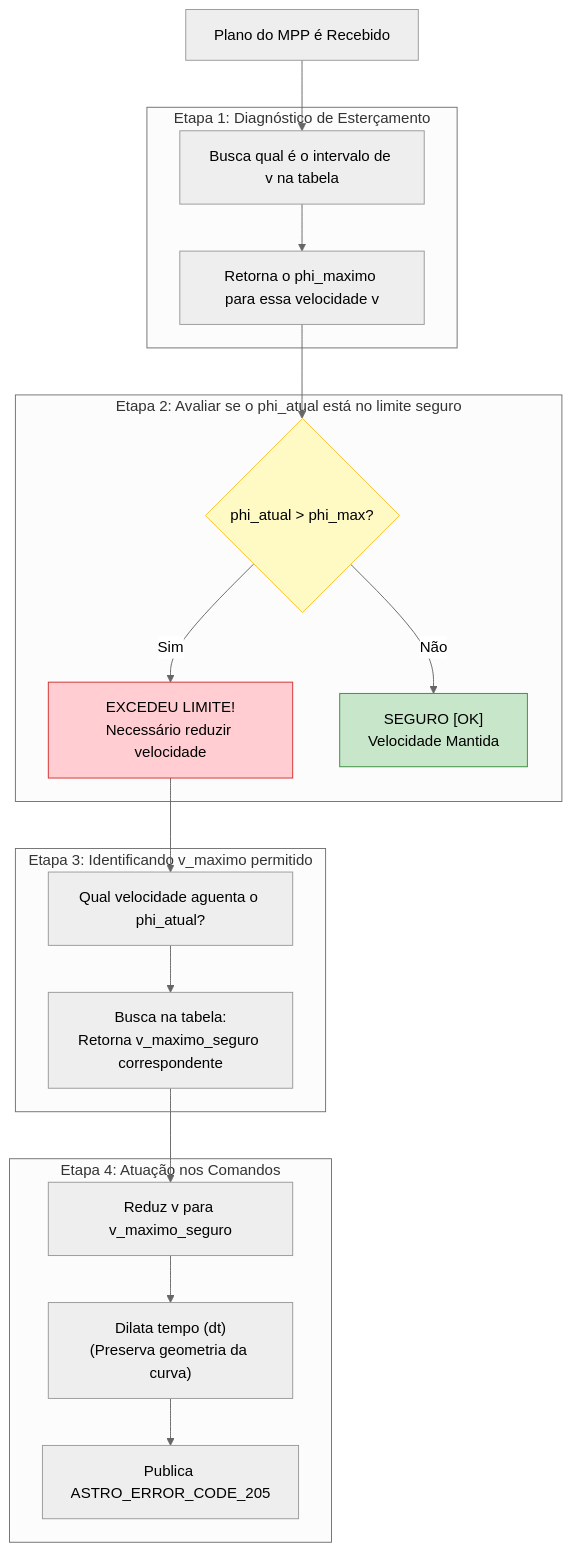
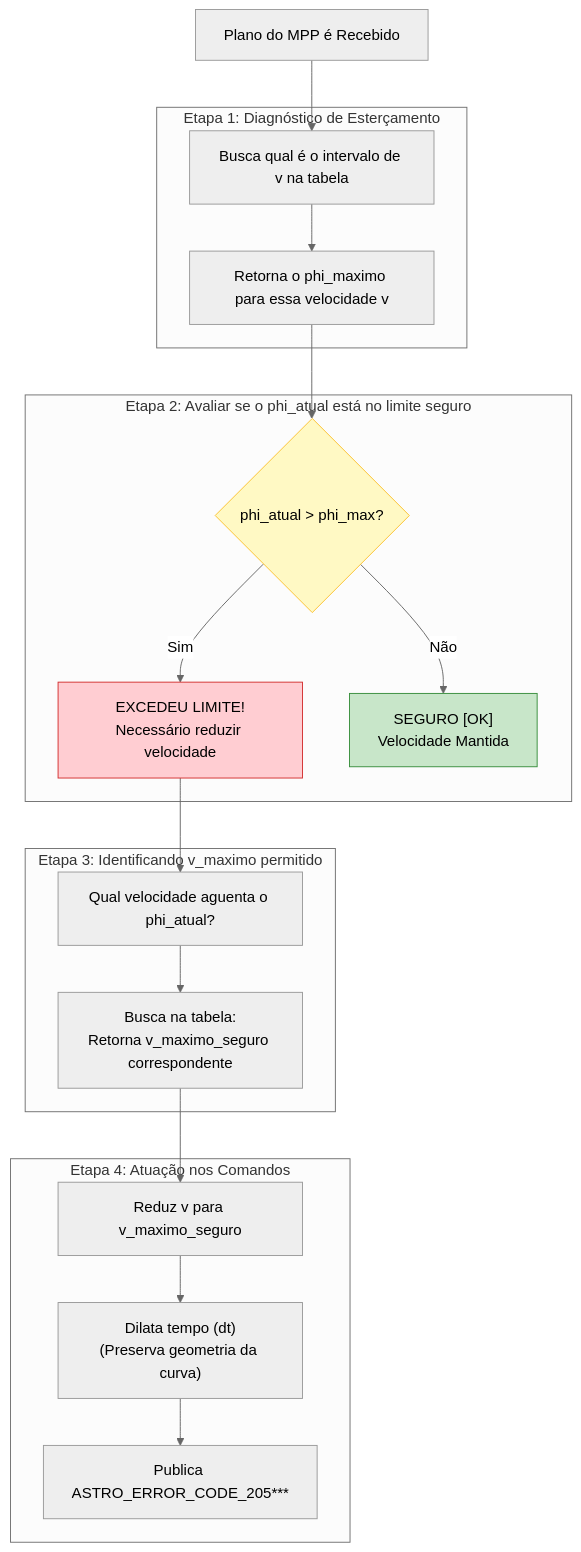
Before and after one commit to BrenoCSilva/lume: the second of 2 diagrams in README.md, drawn with Mermaid (neutral theme). The commit also changed other lines of this file, not shown here.

````diff
--- a/README.md
+++ b/README.md
@@ -87,32 +87,32 @@
 ```mermaid
 flowchart TD
     CMD["Plano do MPP é Recebido"] --> D1
     
     subgraph E1 ["Etapa 1: Diagnóstico de Esterçamento"]
         D1["Busca qual é o intervalo de v na tabela"] --> D2["Retorna o phi_maximo para essa velocidade v"]
     end
     
     D2 --> C1
     
     subgraph E2 ["Etapa 2: Avaliar se o phi_atual está no limite seguro"]
         C1{"phi_atual > phi_max?"}
         C1 -->|Sim| ALERTA["EXCEDEU LIMITE!<br>Necessário reduzir velocidade"]
         C1 -->|Não| OK["SEGURO [OK]<br>Velocidade Mantida"]
     end
     
     ALERTA --> T1
     
     subgraph E3 ["Etapa 3: Identificando v_maximo permitido"]
         T1["Qual velocidade aguenta o phi_atual?"] --> T2["Busca na tabela:<br>Retorna v_maximo_seguro correspondente"]
     end
     
     T2 --> A1
     
     subgraph E4 ["Etapa 4: Atuação nos Comandos"]
-        A1["Reduz v para v_maximo_seguro"] --> A2["Dilata tempo (dt)<br>(Preserva geometria da curva)"] --> A3["Publica ASTRO_ERROR_CODE_205"]
+        A1["Reduz v para v_maximo_seguro"] --> A2["Dilata tempo (dt)<br>(Preserva geometria da curva)"] --> A3["Publica ASTRO_ERROR_CODE_205***"]
     end
 
     style OK fill:#c8e6c9,stroke:#388e3c,color:#000
     style ALERTA fill:#ffcdd2,stroke:#d32f2f,color:#000
     style C1 fill:#fff9c4,stroke:#fbc02d,color:#000
 ```
````
